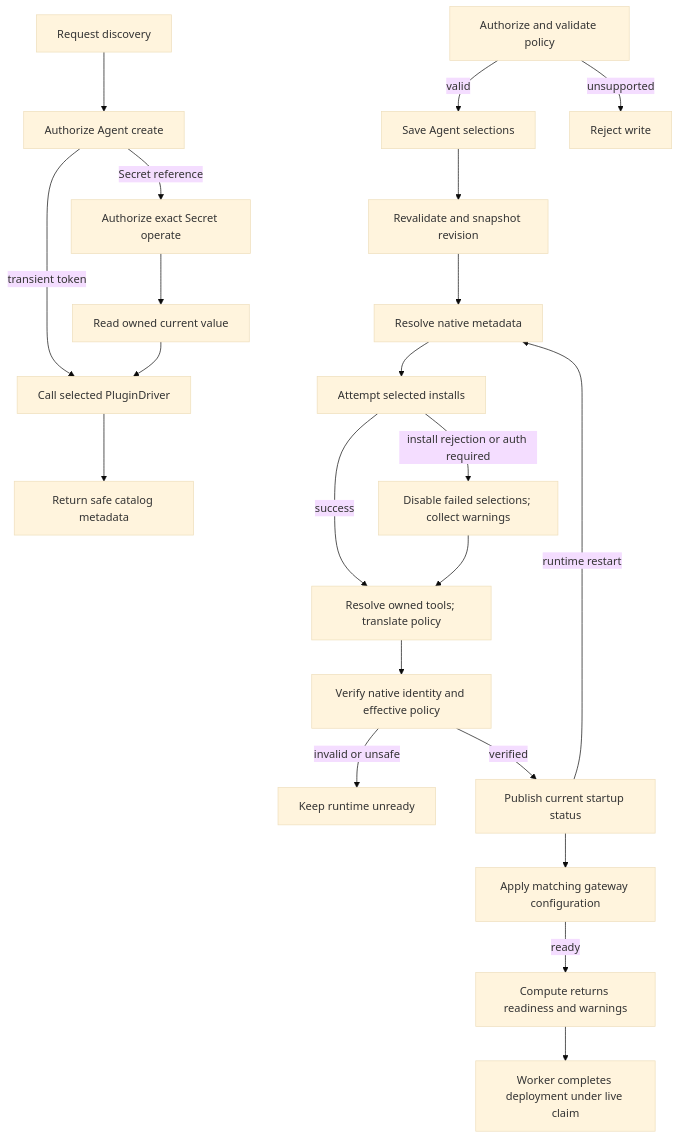
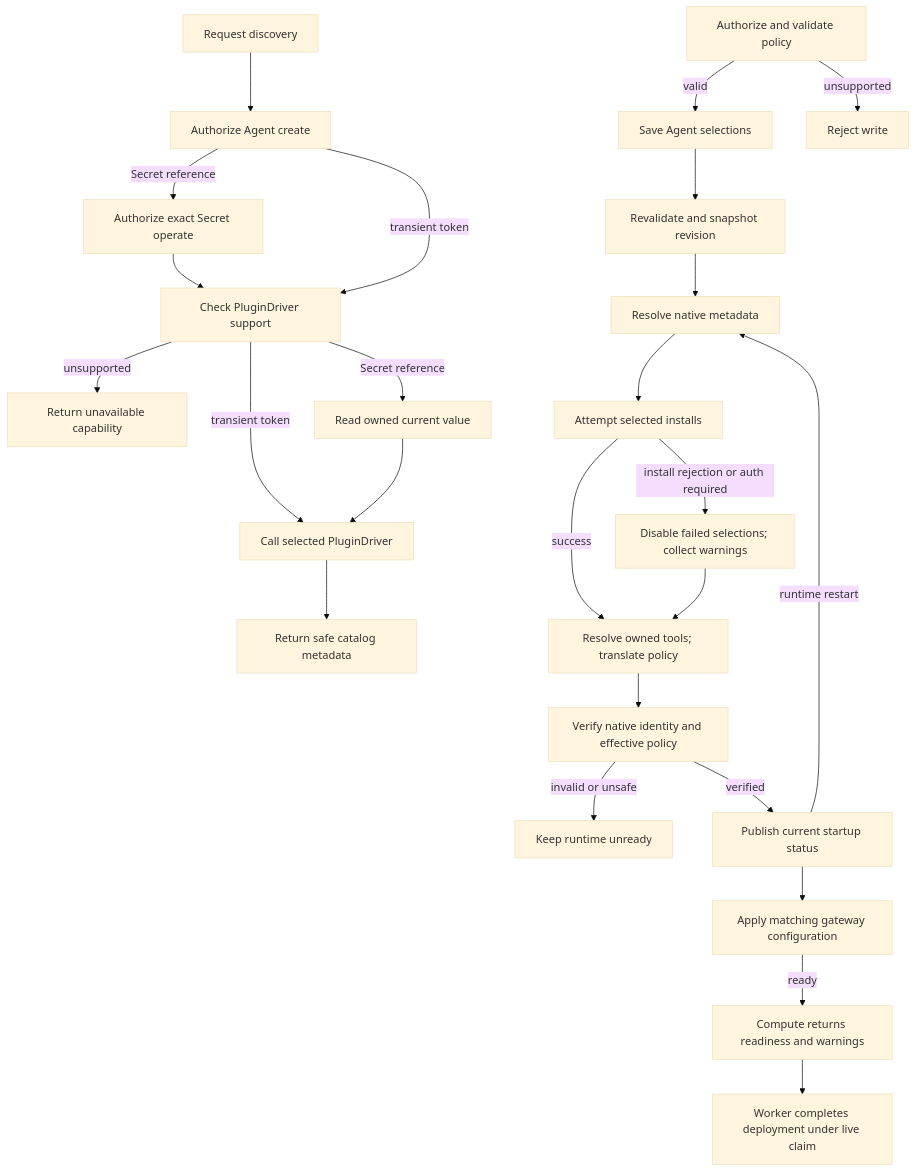
Before and after one commit to IsaiahStapleton/openclaw-enterprise: the diagram in docs/flows/agent-plugins.md, drawn with Mermaid (base theme). The commit also changed other lines of this file and 2 other files, not shown here.

Commit message:
fix: authorize Secrets before plugin capability checks

````diff
--- a/docs/flows/agent-plugins.md
+++ b/docs/flows/agent-plugins.md
@@ -31,24 +31,27 @@
 ```mermaid
 graph TD
   D0["Request discovery"] --> D1["Authorize Agent create"]
   D1 -->|Secret reference| D2["Authorize exact Secret operate"]
-  D2 --> D3["Read owned current value"]
-  D1 -->|transient token| D4["Call selected PluginDriver"]
+  D2 --> D6["Check PluginDriver support"]
+  D1 -->|transient token| D6
+  D6 -->|unsupported| D7["Return unavailable capability"]
+  D6 -->|Secret reference| D3["Read owned current value"]
+  D6 -->|transient token| D4["Call selected PluginDriver"]
   D3 --> D4
   D4 --> D5["Return safe catalog metadata"]
   A["Authorize and validate policy"] -->|valid| S["Save Agent selections"]
   A -->|unsupported| Y["Reject write"]
   S --> B["Revalidate and snapshot revision"]
   B --> C["Resolve native metadata"]
   C --> D["Attempt selected installs"]
   D -->|install rejection or auth required| E["Disable failed selections; collect warnings"]
   D -->|success| T["Resolve owned tools; translate policy"]
   E --> T
   T --> F["Verify native identity and effective policy"]
   F -->|invalid or unsafe| X["Keep runtime unready"]
   F -->|verified| G["Publish current startup status"]
   G --> H["Apply matching gateway configuration"]
   H -->|ready| I["Compute returns readiness and warnings"]
   I --> J["Worker completes deployment under live claim"]
   G -->|runtime restart| C
 ```
````
